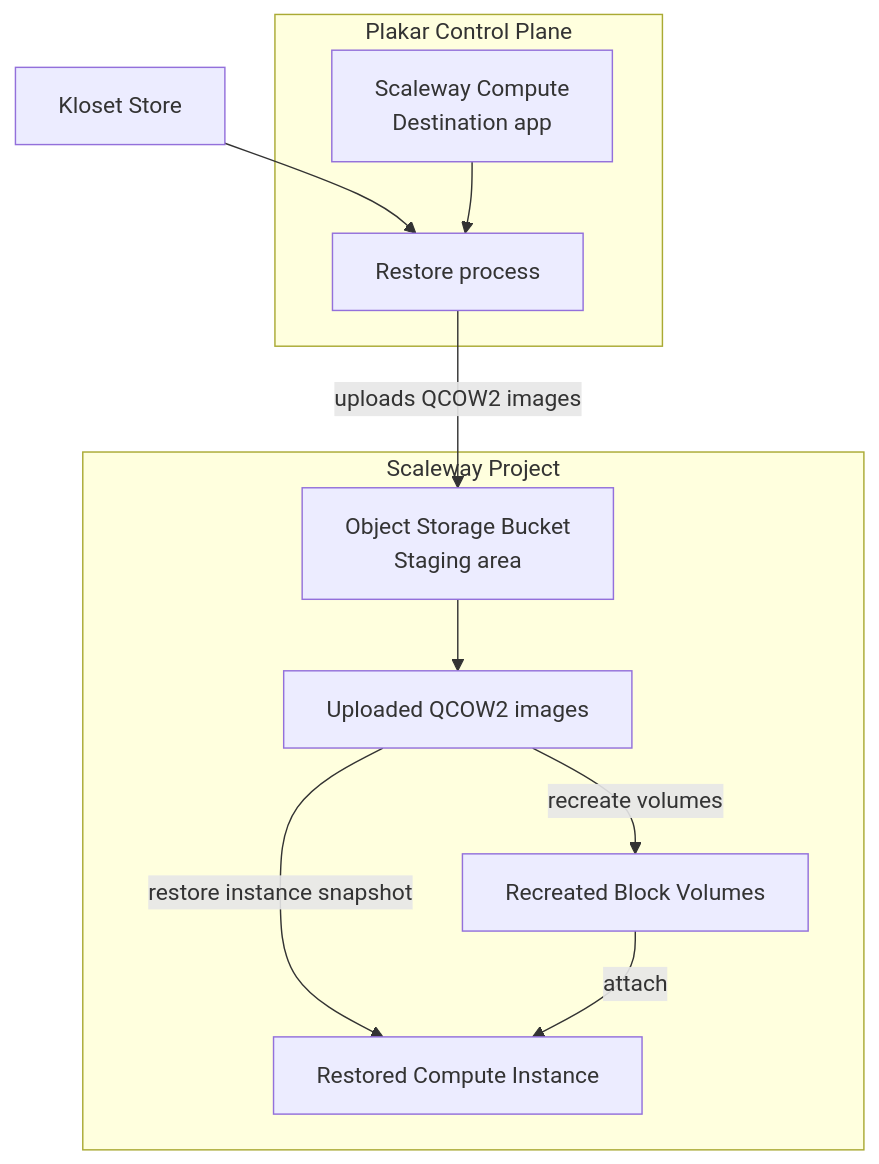
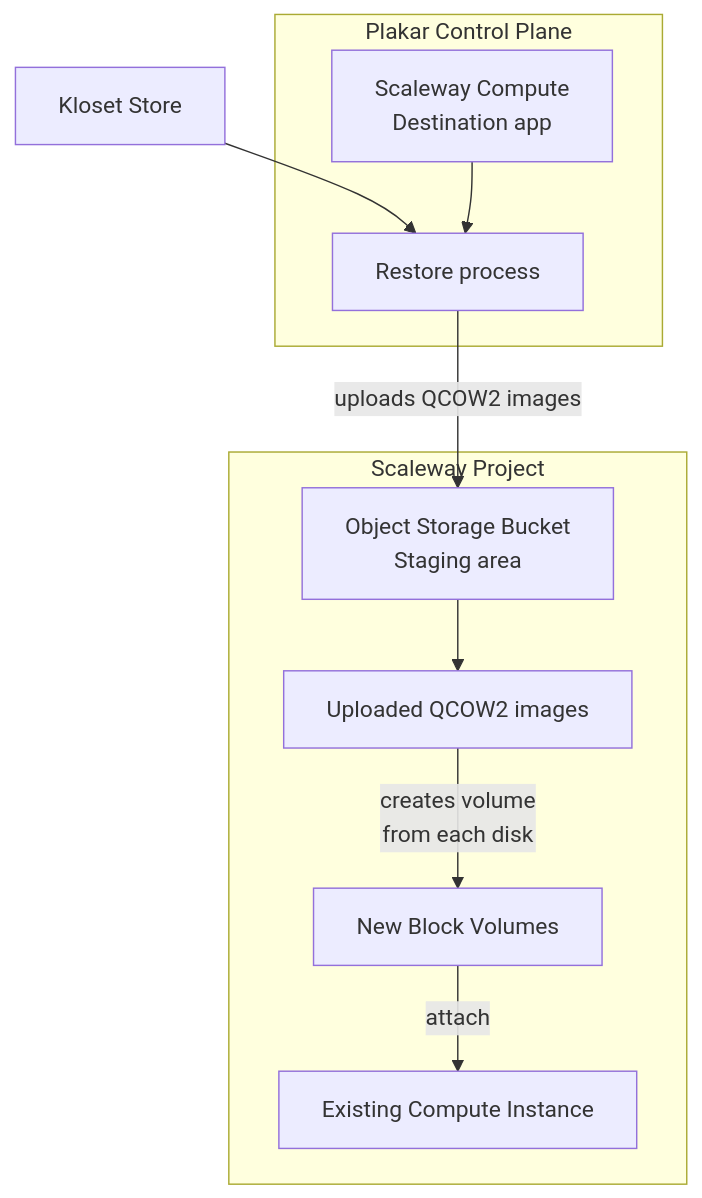
The second of 2 diagrams in docs/control-plane/resources/compute/scaleway/index.md (vcoisne/plakar.io), drawn with Mermaid before and after one commit. The commit also changed other lines of this file and 2509 other files, not shown here.

```diff
--- a/docs/control-plane/resources/compute/scaleway/index.md
+++ b/docs/control-plane/resources/compute/scaleway/index.md
@@ -51,26 +63,25 @@
 {{< mermaid >}}
 flowchart TD
   Store["Kloset Store"]
 
   subgraph Plakar["Plakar Control Plane"]
     Destination["Scaleway Compute<br/>Destination app"]
     Restore["Restore process"]
   end
 
   subgraph Scaleway["Scaleway Project"]
     Bucket["Object Storage Bucket<br/>Staging area"]
     Images["Uploaded QCOW2 images"]
-    Instance["Restored Compute Instance"]
-    Volumes["Recreated Block Volumes"]
+    Instance["Existing Compute Instance"]
+    Volumes["New Block Volumes"]
   end
 
   Store --> Restore
   Destination --> Restore
 
   Restore -->|"uploads QCOW2 images"| Bucket
   Bucket --> Images
 
-  Images -->|"restore instance snapshot"| Instance
-  Images -->|"recreate volumes"| Volumes
+  Images -->|"creates volume <br/> from each disk"| Volumes
   Volumes -->|"attach"| Instance
 {{< /mermaid >}}
```
